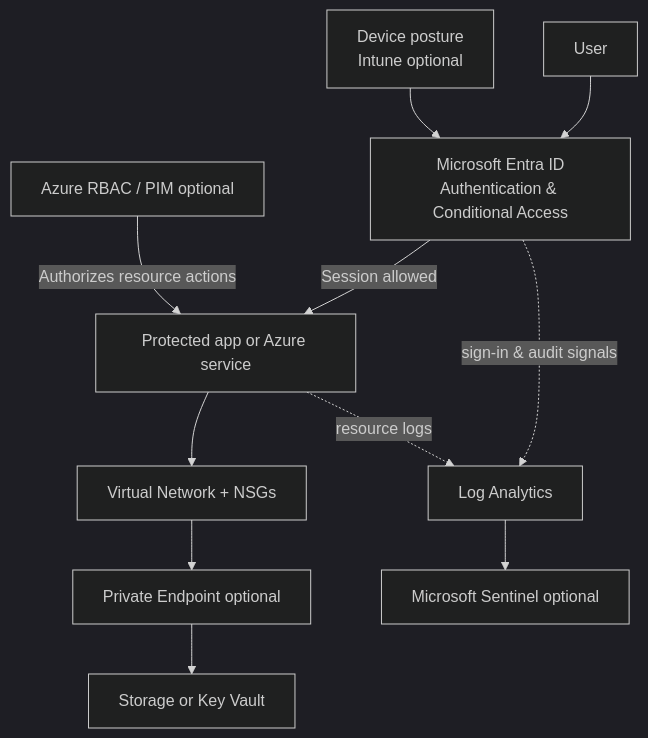
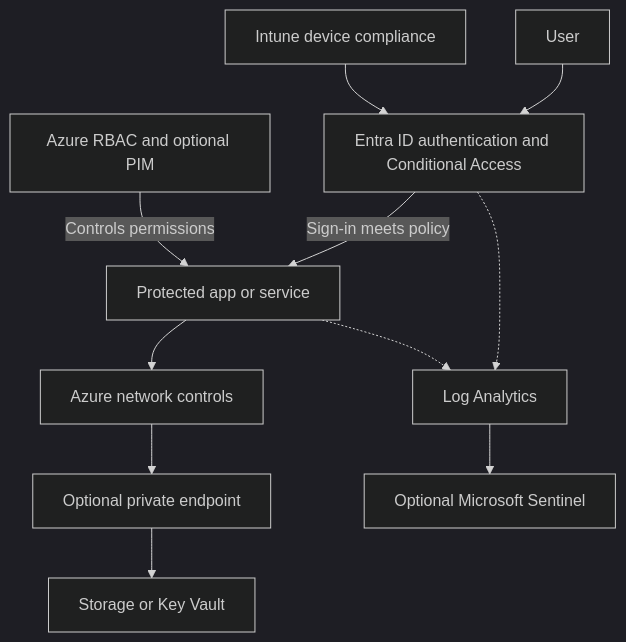
One commit to DeanR24/ZeroTrustBasicsAndAzure changed the second of 2 diagrams in README.md. Above: the diagram before and after it, drawn with Mermaid (dark theme). The commit also changed other lines of this file, not shown here.

````diff
--- a/README.md
+++ b/README.md
@@ -54,13 +58,13 @@
 ```mermaid
 flowchart TB
-    U[User] --> CA[Microsoft Entra ID\nAuthentication & Conditional Access]
-    DV[Device posture\nIntune optional] --> CA
-    CA -->|Session allowed| APP[Protected app or Azure service]
-    RBAC[Azure RBAC / PIM optional] -->|Authorizes resource actions| APP
-    APP --> VNET[Virtual Network + NSGs]
-    VNET --> PE[Private Endpoint optional]
+    U[User] --> CA[Entra ID authentication and Conditional Access]
+    D[Intune device compliance] --> CA
+    CA -->|Sign-in meets policy| APP[Protected app or service]
+    RBAC[Azure RBAC and optional PIM] -->|Controls permissions| APP
+    APP --> NET[Azure network controls]
+    NET --> PE[Optional private endpoint]
     PE --> DATA[Storage or Key Vault]
-    CA -. sign-in & audit signals .-> LA[Log Analytics]
-    APP -. resource logs .-> LA
-    LA --> S[Microsoft Sentinel optional]
+    CA -.-> LOG[Log Analytics]
+    APP -.-> LOG
+    LOG --> SIEM[Optional Microsoft Sentinel]
 ```
````
